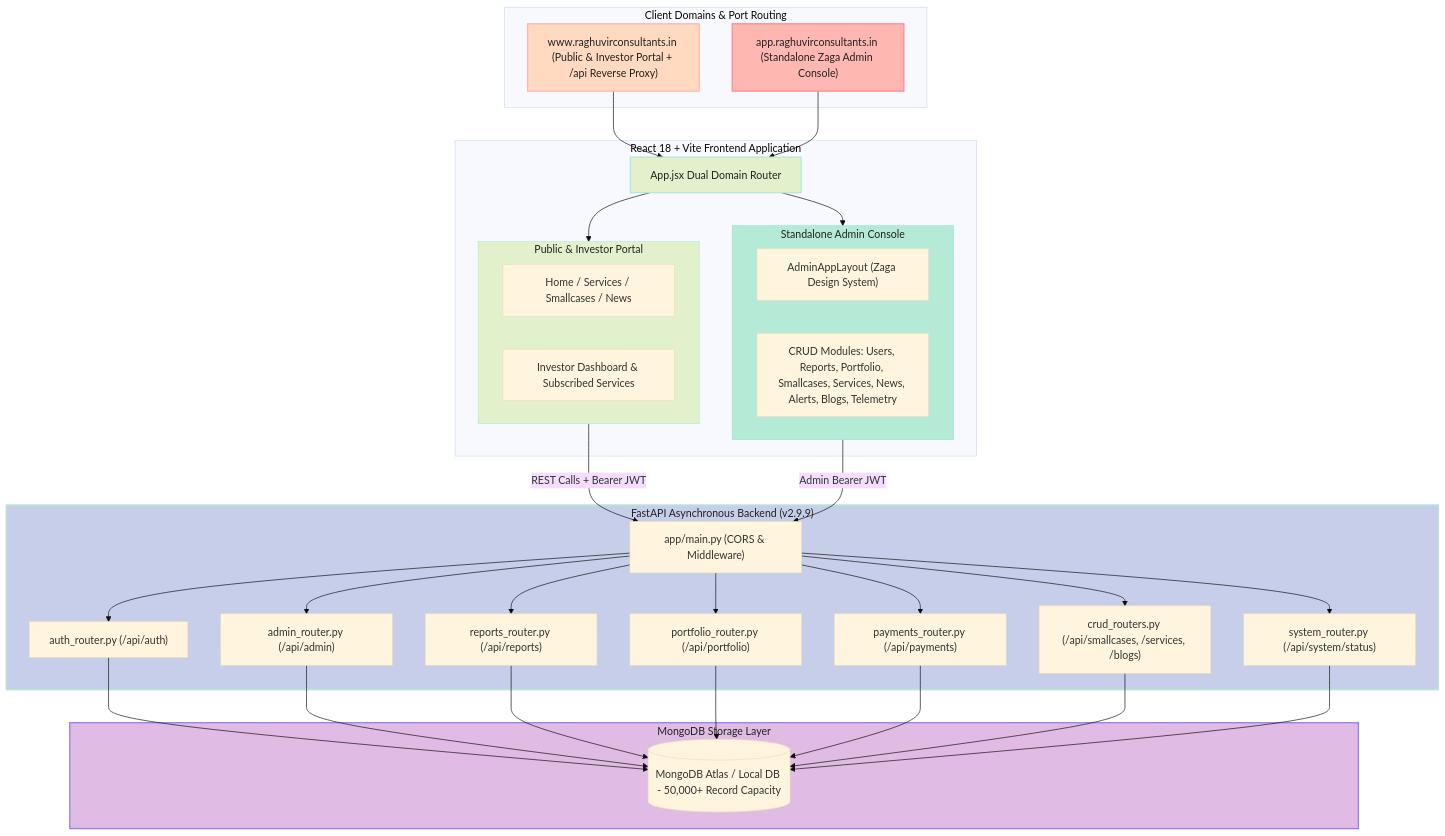
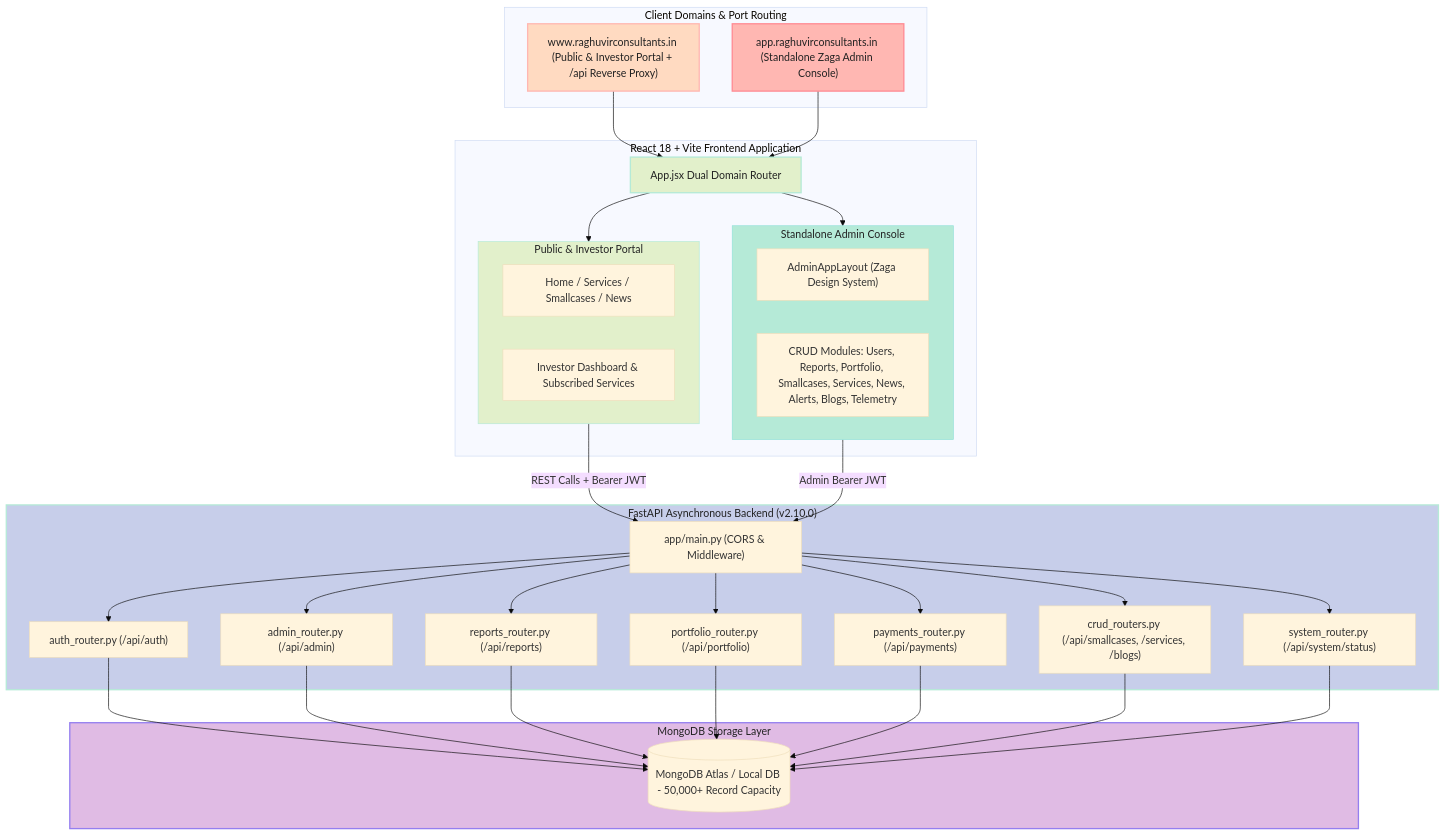
Before and after one commit to tejasrsuthar/raghuvirconsultants-site: the first of 2 diagrams in backend/docs/ARCHITECTURE.md, drawn with Mermaid (base theme). The commit also changed other lines of this file and 6 other files, not shown here.

````diff
--- a/backend/docs/ARCHITECTURE.md
+++ b/backend/docs/ARCHITECTURE.md
@@ -14,70 +14,70 @@
 ```mermaid
 graph TD
     subgraph ClientDomains["Client Domains & Port Routing"]
         PublicDomain["www.raghuvirconsultants.in (Public & Investor Portal + /api Reverse Proxy)"]
         AdminDomain["app.raghuvirconsultants.in (Standalone Zaga Admin Console)"]
     end
 
     subgraph ReactFrontend["React 18 + Vite Frontend Application"]
         AppRouter["App.jsx Dual Domain Router"]
         
         subgraph PublicPortal["Public & Investor Portal"]
           PublicViews["Home / Services / Smallcases / News"]
           InvestorPortal["Investor Dashboard & Subscribed Services"]
         end
 
         subgraph ZagaAdmin["Standalone Admin Console"]
           AdminLayout["AdminAppLayout (Zaga Design System)"]
           AdminModules["CRUD Modules: Users, Reports, Portfolio, Smallcases, Services, News, Alerts, Blogs, Telemetry"]
         end
       end
 
-    subgraph FastAPIServer["FastAPI Asynchronous Backend (v2.9.9)"]
+    subgraph FastAPIServer["FastAPI Asynchronous Backend (v2.10.0)"]
         API["app/main.py (CORS & Middleware)"]
         AuthRouter["auth_router.py (/api/auth)"]
         AdminRouter["admin_router.py (/api/admin)"]
         ReportsRouter["reports_router.py (/api/reports)"]
         PortfolioRouter["portfolio_router.py (/api/portfolio)"]
         PaymentsRouter["payments_router.py (/api/payments)"]
         CRUDRouters["crud_routers.py (/api/smallcases, /services, /blogs)"]
         SystemRouter["system_router.py (/api/system/status)"]
     end
 
     subgraph DataStore["MongoDB Storage Layer"]
         MongoDB[(MongoDB Atlas / Local DB - 50,000+ Record Capacity)]
     end
 
     PublicDomain --> AppRouter
     AdminDomain --> AppRouter
 
     AppRouter --> PublicPortal
     AppRouter --> ZagaAdmin
 
     PublicPortal -->|REST Calls + Bearer JWT| API
     ZagaAdmin -->|Admin Bearer JWT| API
 
     API --> AuthRouter
     API --> AdminRouter
     API --> ReportsRouter
     API --> PortfolioRouter
     API --> PaymentsRouter
     API --> CRUDRouters
     API --> SystemRouter
 
     AuthRouter --> MongoDB
     AdminRouter --> MongoDB
     ReportsRouter --> MongoDB
     PortfolioRouter --> MongoDB
     PaymentsRouter --> MongoDB
     CRUDRouters --> MongoDB
     SystemRouter --> MongoDB
 
     %% Pastel Color Palette Styling
     style PublicDomain fill:#FFDAC1,stroke:#FFB7B2,stroke-width:2px,color:#222;
     style AdminDomain fill:#FFB7B2,stroke:#FF8B94,stroke-width:2px,color:#222;
     style AppRouter fill:#E2F0CB,stroke:#B5EAD7,stroke-width:2px,color:#222;
     style PublicPortal fill:#E2F0CB,stroke:#B5EAD7,stroke-width:1px,color:#222;
     style ZagaAdmin fill:#B5EAD7,stroke:#93E1D8,stroke-width:1px,color:#222;
     style FastAPIServer fill:#C7CEEA,stroke:#B5EAD7,stroke-width:2px,color:#222;
     style DataStore fill:#E0BBE4,stroke:#957FEF,stroke-width:2px,color:#222;
 ```
````
